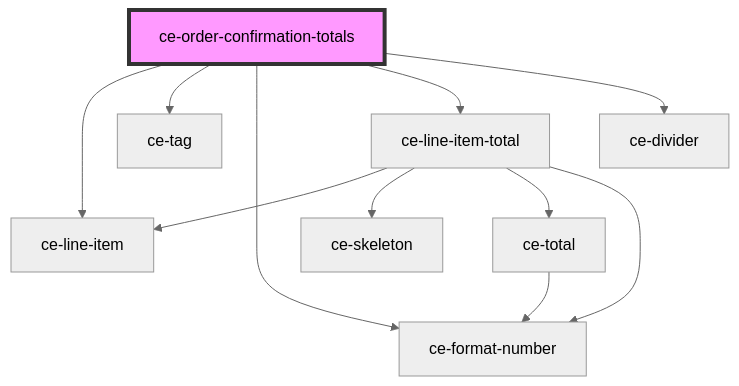
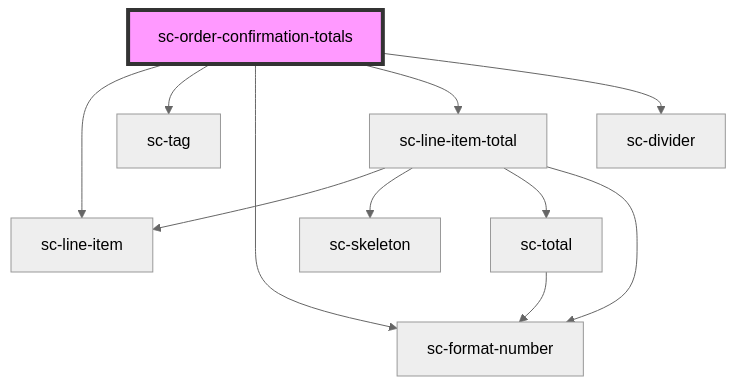
Before and after one commit to surecart/surecart-wp-plugin: the diagram in packages/components/src/components/controllers/confirmation/order-confirmation-totals/readme.md, drawn with Mermaid (neutral theme). The commit also changed other lines of this file and 1281 other files, not shown here.

````diff
--- a/packages/components/src/components/controllers/confirmation/order-confirmation-totals/readme.md
+++ b/packages/components/src/components/controllers/confirmation/order-confirmation-totals/readme.md
@@ -26,14 +26,14 @@
 ```mermaid
 graph TD;
-  ce-order-confirmation-totals --> ce-line-item
-  ce-order-confirmation-totals --> ce-tag
-  ce-order-confirmation-totals --> ce-format-number
-  ce-order-confirmation-totals --> ce-line-item-total
-  ce-order-confirmation-totals --> ce-divider
-  ce-line-item-total --> ce-line-item
-  ce-line-item-total --> ce-skeleton
-  ce-line-item-total --> ce-total
-  ce-line-item-total --> ce-format-number
-  ce-total --> ce-format-number
-  style ce-order-confirmation-totals fill:#f9f,stroke:#333,stroke-width:4px
+  sc-order-confirmation-totals --> sc-line-item
+  sc-order-confirmation-totals --> sc-tag
+  sc-order-confirmation-totals --> sc-format-number
+  sc-order-confirmation-totals --> sc-line-item-total
+  sc-order-confirmation-totals --> sc-divider
+  sc-line-item-total --> sc-line-item
+  sc-line-item-total --> sc-skeleton
+  sc-line-item-total --> sc-total
+  sc-line-item-total --> sc-format-number
+  sc-total --> sc-format-number
+  style sc-order-confirmation-totals fill:#f9f,stroke:#333,stroke-width:4px
 ```
````
